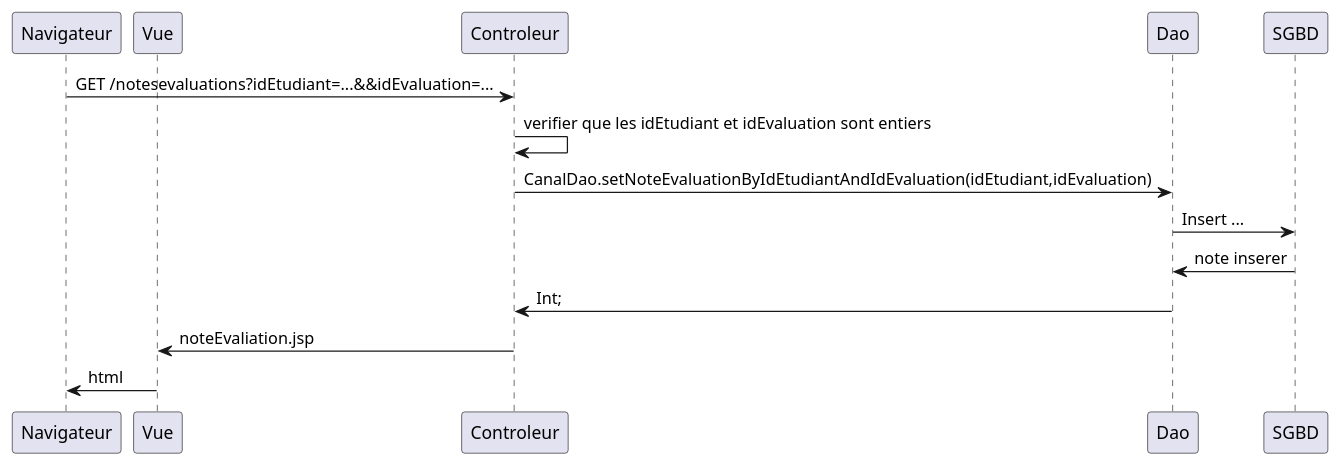
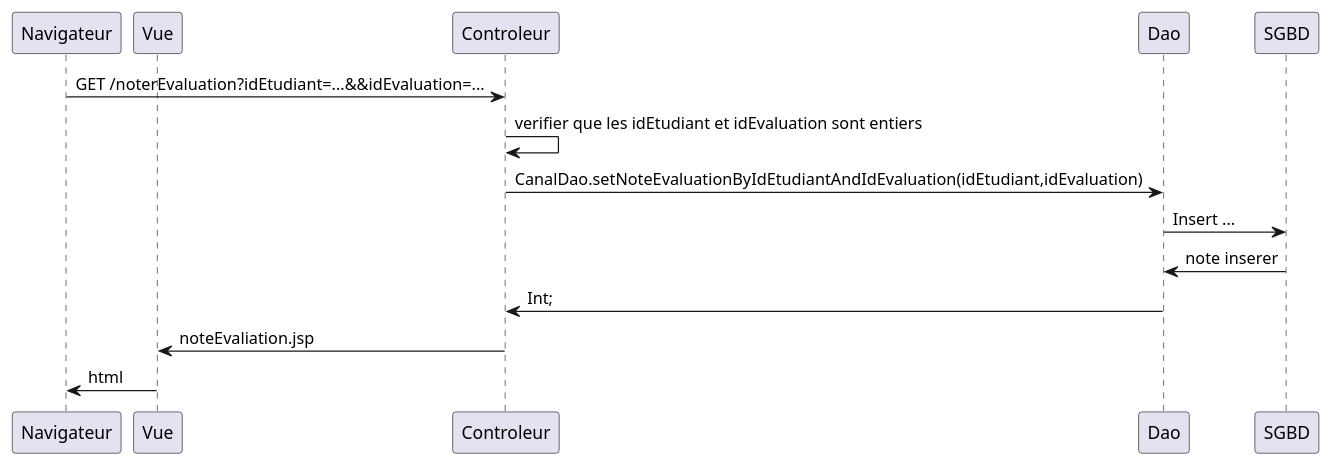
Before and after one commit to michel-plasse/siomassy2021: the diagram in src/main/webapp/doc/saisirNoteEvaluation.puml, drawn with PlantUML. The commit also changed other lines of this file and 2 other files, not shown here.

Commit message:
Diagramme de sequence et liason entre le controller et la vue pour /noterEvaluation

```diff
--- a/src/main/webapp/doc/saisirNoteEvaluation.puml
+++ b/src/main/webapp/doc/saisirNoteEvaluation.puml
@@ -1,15 +1,15 @@
 @startuml
 ' par défaut, les couches sont disposées dans l'ordre d'apparition
 ' nous utilison participant pour préciser qu'après Navigateur il y a Vue et non Controleur
 participant Navigateur
 participant Vue
 
-Navigateur -> Controleur: GET /notesevaluations?idEtudiant=...&&idEvaluation=...
+Navigateur -> Controleur: GET /noterEvaluation?idEtudiant=...&&idEvaluation=...
 Controleur -> Controleur: verifier que les idEtudiant et idEvaluation sont entiers
 Controleur -> Dao: CanalDao.setNoteEvaluationByIdEtudiantAndIdEvaluation(idEtudiant,idEvaluation)
 Dao -> SGBD: Insert ...
 SGBD -> Dao: note inserer
 Dao -> Controleur: Int;
 Controleur -> Vue: noteEvaliation.jsp
 Vue -> Navigateur: html
 @enduml
```
